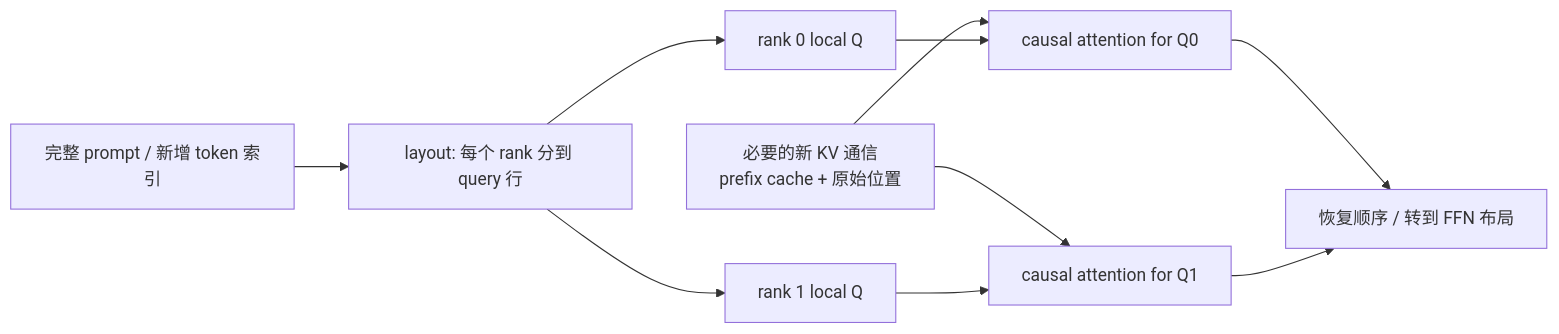
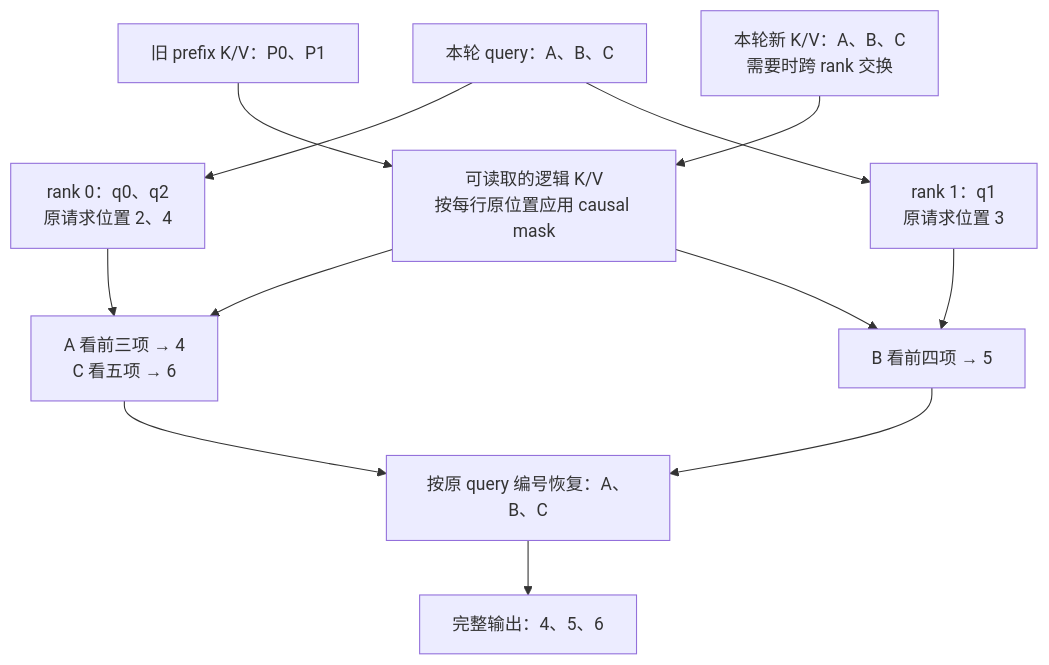
The first of 2 diagrams in learning/zh/ai-infra-basic/Parallel_Strategy/03-prefill-context-parallelism.md (cl-vv-h/SGLang_Tutor), drawn with Mermaid before and after one commit. The commit also changed other lines of this file and 5 other files, not shown here.

Commit message:
docs: explain PCP attention math with prefix and query-row examples

````diff
--- a/learning/zh/ai-infra-basic/Parallel_Strategy/03-prefill-context-parallelism.md
+++ b/learning/zh/ai-infra-basic/Parallel_Strategy/03-prefill-context-parallelism.md
@@ -37,12 +243,14 @@
 ```mermaid
-flowchart LR
-    TOK["完整 prompt / 新增 token 索引"] --> L["layout: 每个 rank 分到 query 行"]
-    L --> Q0["rank 0 local Q"]
-    L --> Q1["rank 1 local Q"]
-    KV["必要的新 KV 通信<br/>prefix cache + 原始位置"] --> A0["causal attention for Q0"]
-    KV --> A1["causal attention for Q1"]
-    Q0 --> A0
-    Q1 --> A1
-    A0 --> R["恢复顺序 / 转到 FFN 布局"]
-    A1 --> R
+flowchart TB
+    Q["本轮 query：A、B、C"] --> R0["rank 0：q0、q2<br/>原请求位置 2、4"]
+    Q --> R1["rank 1：q1<br/>原请求位置 3"]
+    CACHE["旧 prefix K/V：P0、P1"] --> KV["可读取的逻辑 K/V<br/>按每行原位置应用 causal mask"]
+    NEW["本轮新 K/V：A、B、C<br/>需要时跨 rank 交换"] --> KV
+    KV --> A0["A 看前三项 → 4<br/>C 看五项 → 6"]
+    KV --> A1["B 看前四项 → 5"]
+    R0 --> A0
+    R1 --> A1
+    A0 --> ORDER["按原 query 编号恢复：A、B、C"]
+    A1 --> ORDER
+    ORDER --> O["完整输出：4、5、6"]
 ```
````
